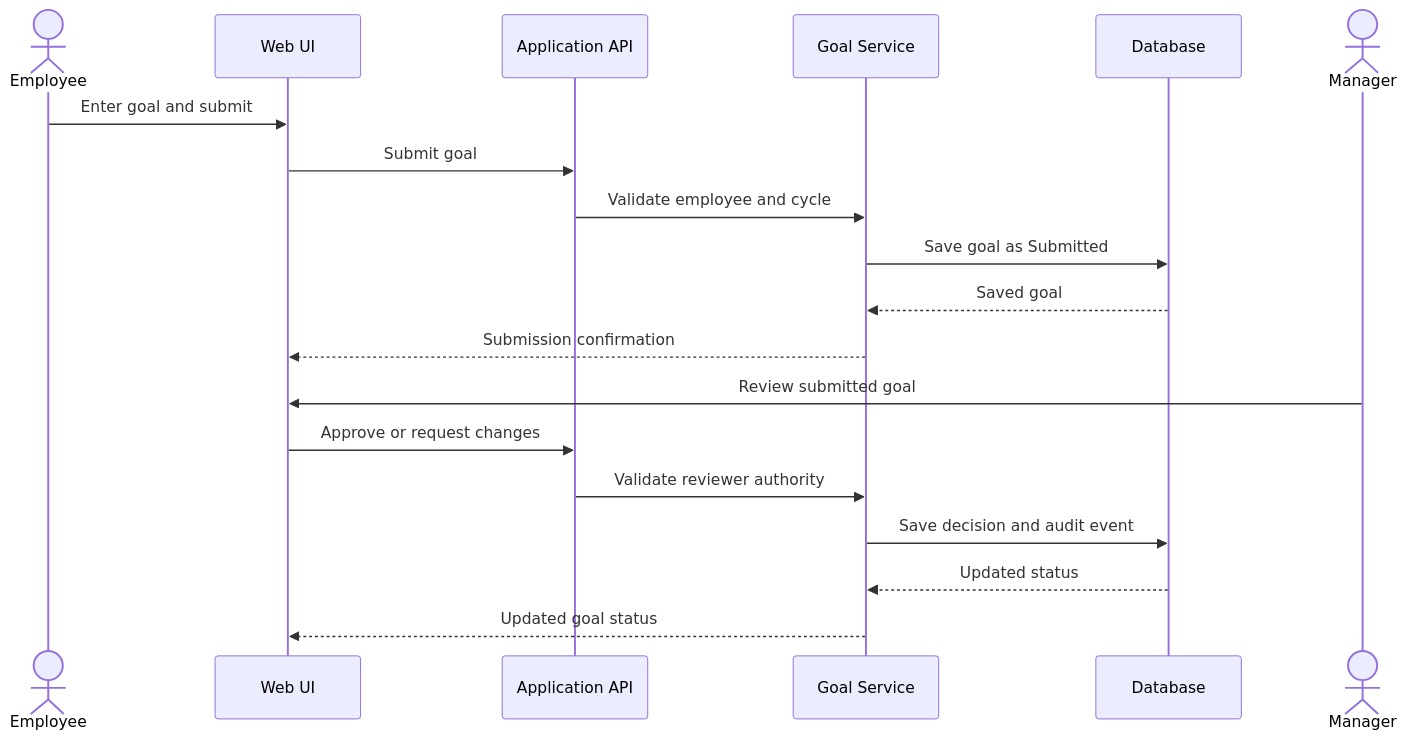
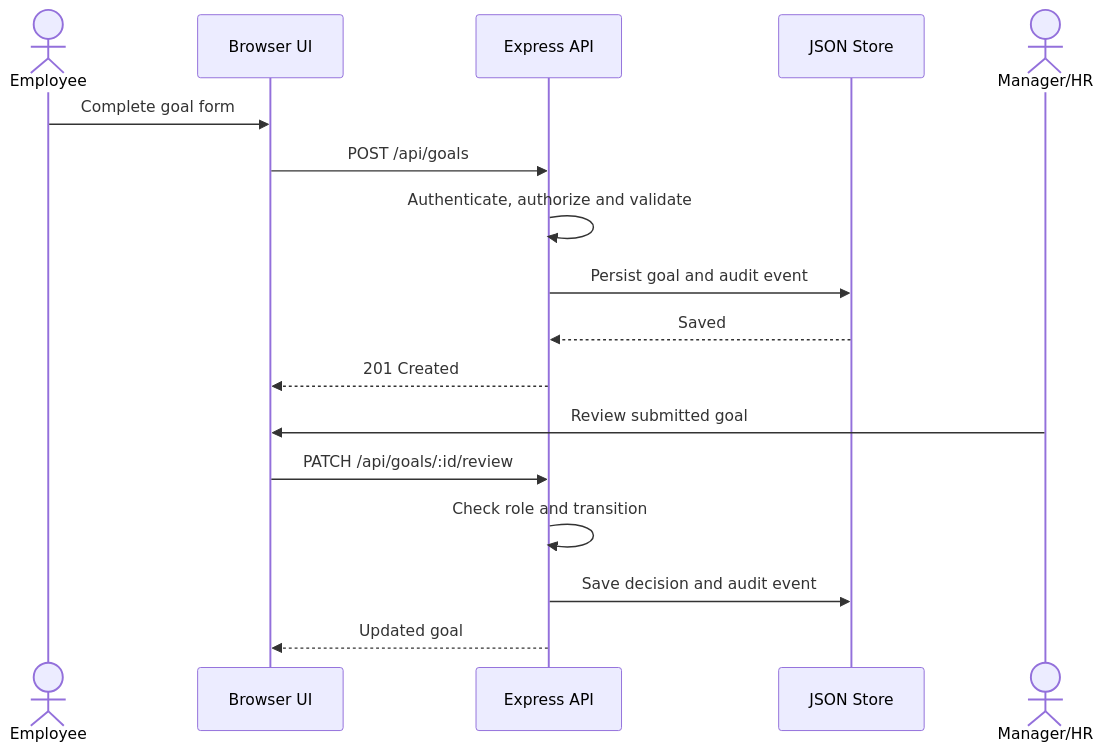
One commit to GSAIHEMANTH279/Automated-performance-appraisal-system changed the second of 3 diagrams in SRS_SAD_TestPlan/SAD.md. Above: the diagram before and after it, drawn with Mermaid. The commit also changed other lines of this file, not shown here.

````diff
--- a/SRS_SAD_TestPlan/SAD.md
+++ b/SRS_SAD_TestPlan/SAD.md
@@ -131,21 +118,19 @@
 ```mermaid
 sequenceDiagram
-    actor E as Employee
-    participant UI as Web UI
-    participant API as Application API
-    participant GS as Goal Service
-    participant DB as Database
-    actor M as Manager
-    E->>UI: Enter goal and submit
-    UI->>API: Submit goal
-    API->>GS: Validate employee and cycle
-    GS->>DB: Save goal as Submitted
-    DB-->>GS: Saved goal
-    GS-->>UI: Submission confirmation
-    M->>UI: Review submitted goal
-    UI->>API: Approve or request changes
-    API->>GS: Validate reviewer authority
-    GS->>DB: Save decision and audit event
-    DB-->>GS: Updated status
-    GS-->>UI: Updated goal status
+ actor E as Employee
+ participant UI as Browser UI
+ participant API as Express API
+ participant Store as JSON Store
+ E->>UI: Complete goal form
+ UI->>API: POST /api/goals
+ API->>API: Authenticate, authorize and validate
+ API->>Store: Persist goal and audit event
+ Store-->>API: Saved
+ API-->>UI: 201 Created
+ actor M as Manager/HR
+ M->>UI: Review submitted goal
+ UI->>API: PATCH /api/goals/:id/review
+ API->>API: Check role and transition
+ API->>Store: Save decision and audit event
+ API-->>UI: Updated goal
 ```
````
